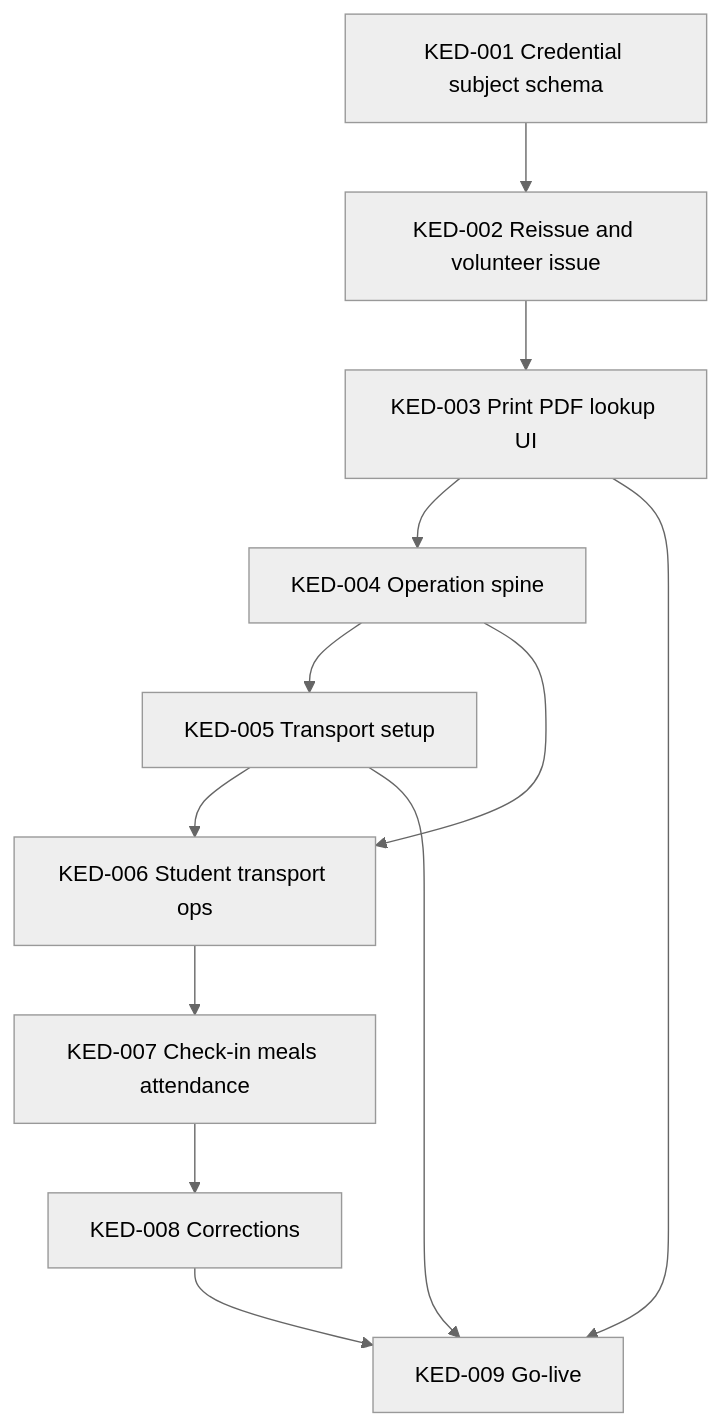
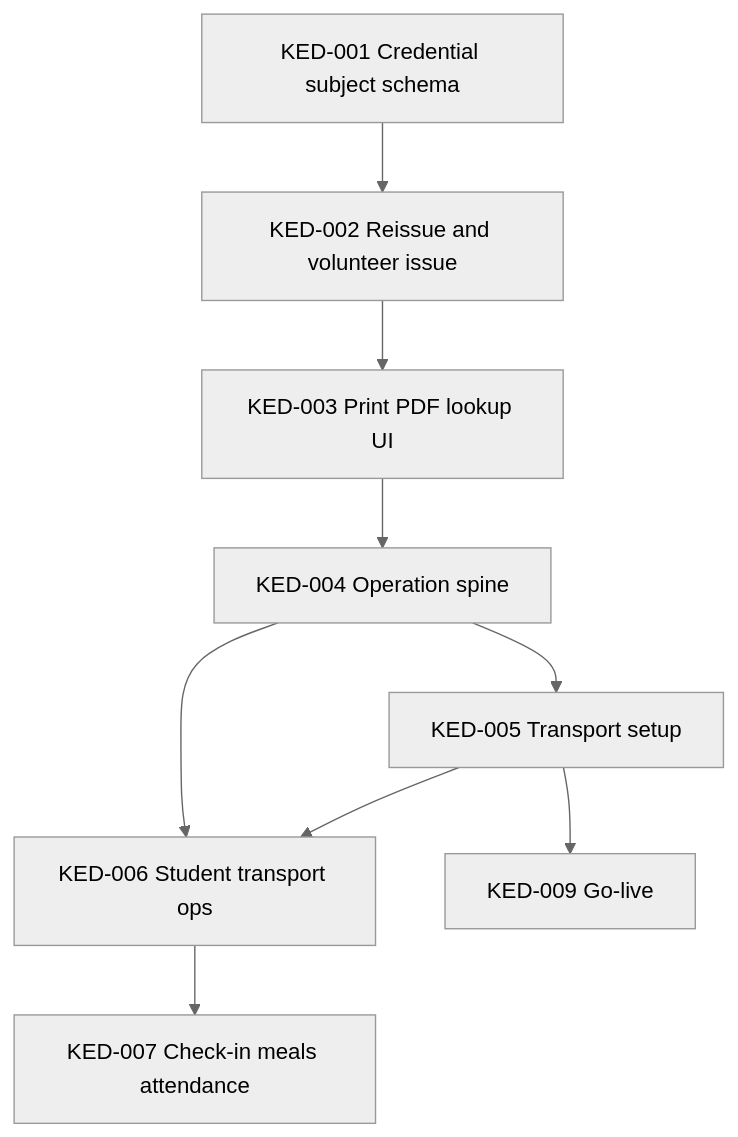
The diagram in docs/kalakriti-event-day-phase2-tasks.md (proud-indian-ngo/dash), drawn with Mermaid (neutral theme) before and after one commit. The commit also changed other lines of this file and 17 other files, not shown here.

````diff
--- a/docs/kalakriti-event-day-phase2-tasks.md
+++ b/docs/kalakriti-event-day-phase2-tasks.md
@@ -58,14 +57,11 @@
 ```mermaid
 flowchart TD
   T01["KED-001 Credential subject schema"] --> T02["KED-002 Reissue and volunteer issue"]
   T02 --> T03["KED-003 Print PDF lookup UI"]
   T03 --> T04["KED-004 Operation spine"]
   T04 --> T05["KED-005 Transport setup"]
   T04 --> T06["KED-006 Student transport ops"]
   T05 --> T06
   T06 --> T07["KED-007 Check-in meals attendance"]
-  T07 --> T08["KED-008 Corrections"]
   T05 --> T09["KED-009 Go-live"]
-  T03 --> T09
-  T08 --> T09
 ```
````
